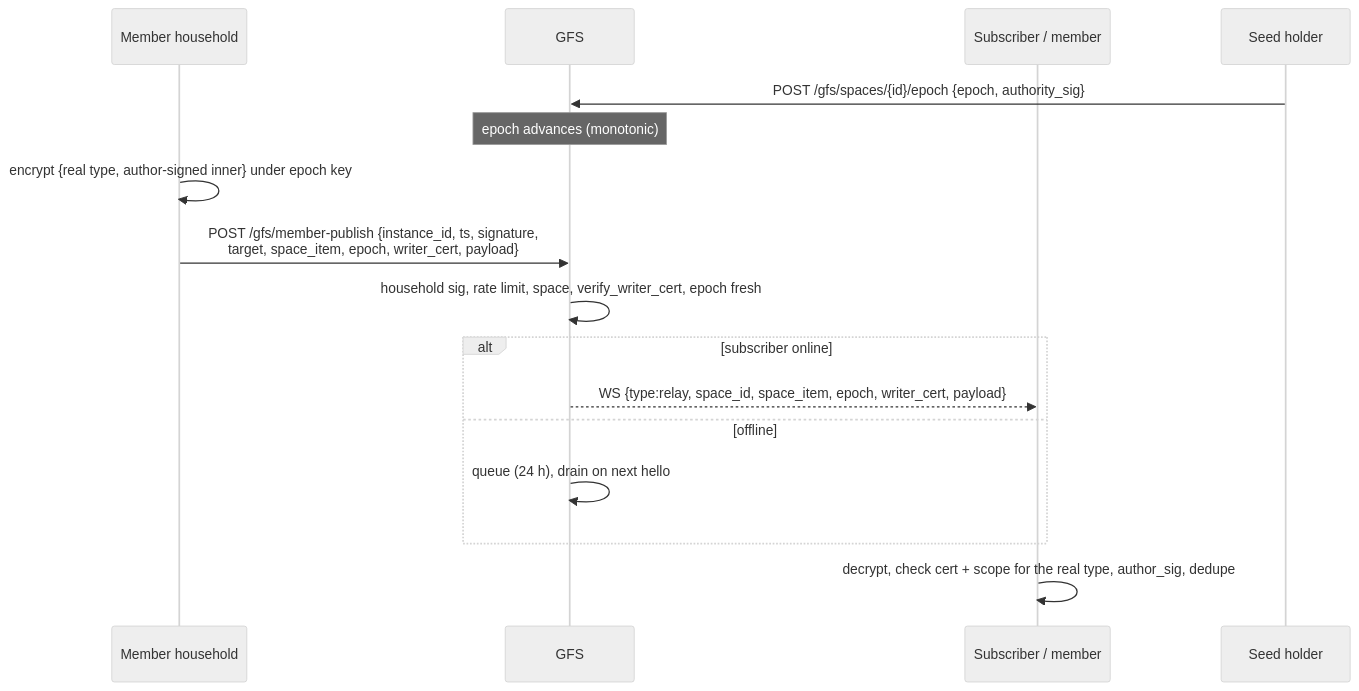
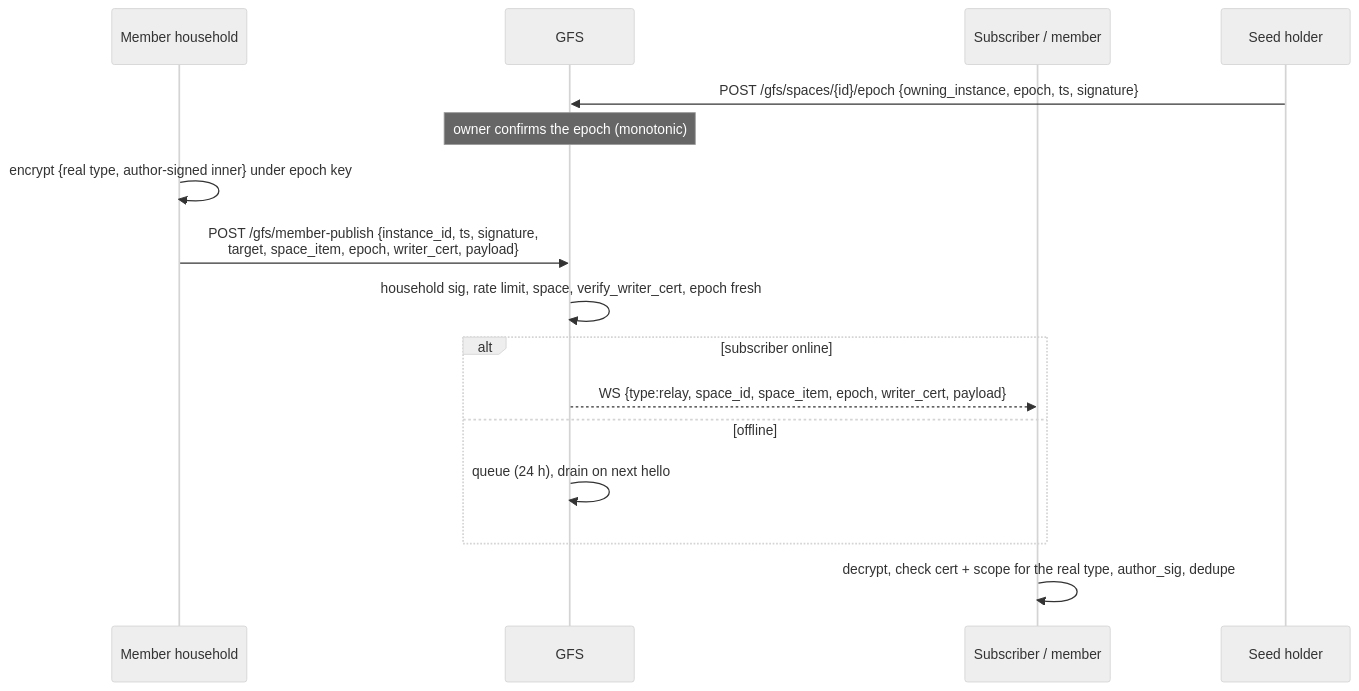
The fourth of 5 diagrams in docs/protocol/discovery.md (social-home-io/socialhome), drawn with Mermaid (neutral theme) before and after one commit. The commit also changed other lines of this file and 18 other files, not shown here.

First line of the commit message:
Only a space's owner can move its epoch far at the connection server, and offline copies stay fair

````diff
--- a/docs/protocol/discovery.md
+++ b/docs/protocol/discovery.md
@@ -949,18 +968,18 @@
 ```mermaid
 sequenceDiagram
     participant M as Member household
     participant G as GFS
     participant S as Subscriber / member
     participant O as Seed holder
-    O->>G: POST /gfs/spaces/{id}/epoch {epoch, authority_sig}
-    Note over G: epoch advances (monotonic)
+    O->>G: POST /gfs/spaces/{id}/epoch {owning_instance, epoch, ts, signature}
+    Note over G: owner confirms the epoch (monotonic)
     M->>M: encrypt {real type, author-signed inner} under epoch key
     M->>G: POST /gfs/member-publish {instance_id, ts, signature,<br/>target, space_item, epoch, writer_cert, payload}
     G->>G: household sig, rate limit, space, verify_writer_cert, epoch fresh
     alt subscriber online
         G-->>S: WS {type:relay, space_id, space_item, epoch, writer_cert, payload}
     else offline
         G->>G: queue (24 h), drain on next hello
     end
     S->>S: decrypt, check cert + scope for the real type, author_sig, dedupe
 ```
````
